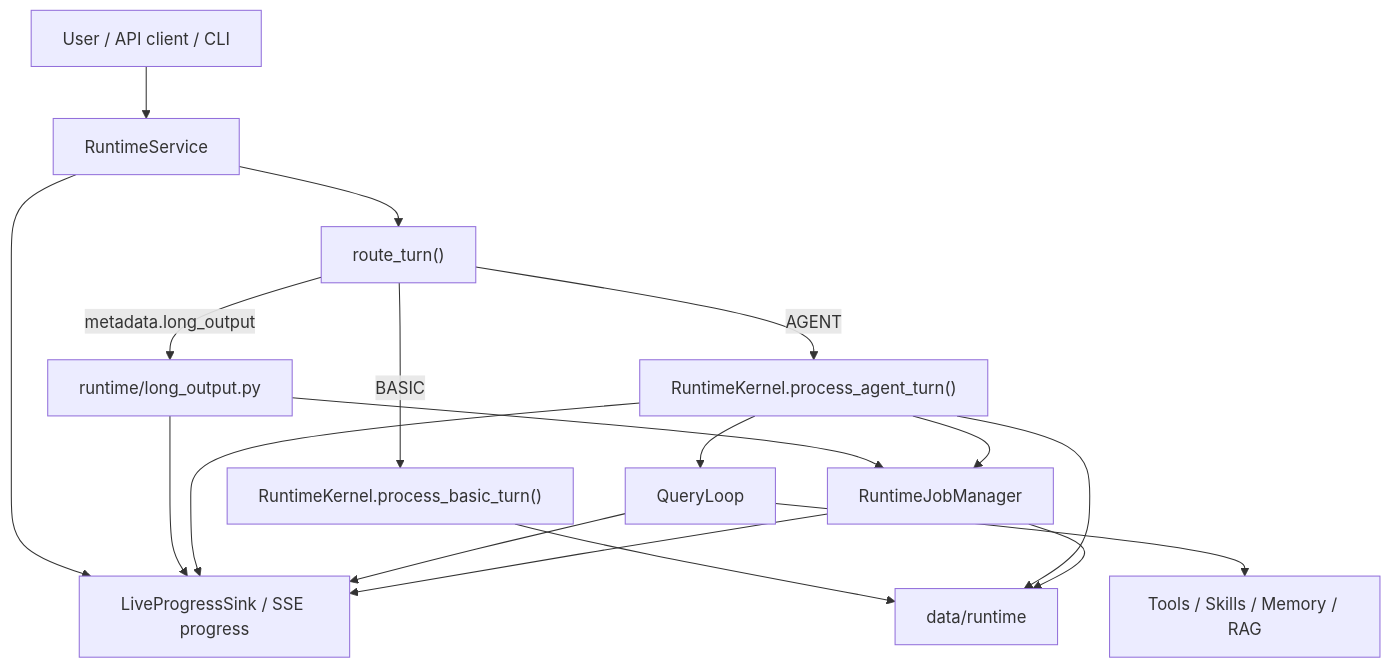
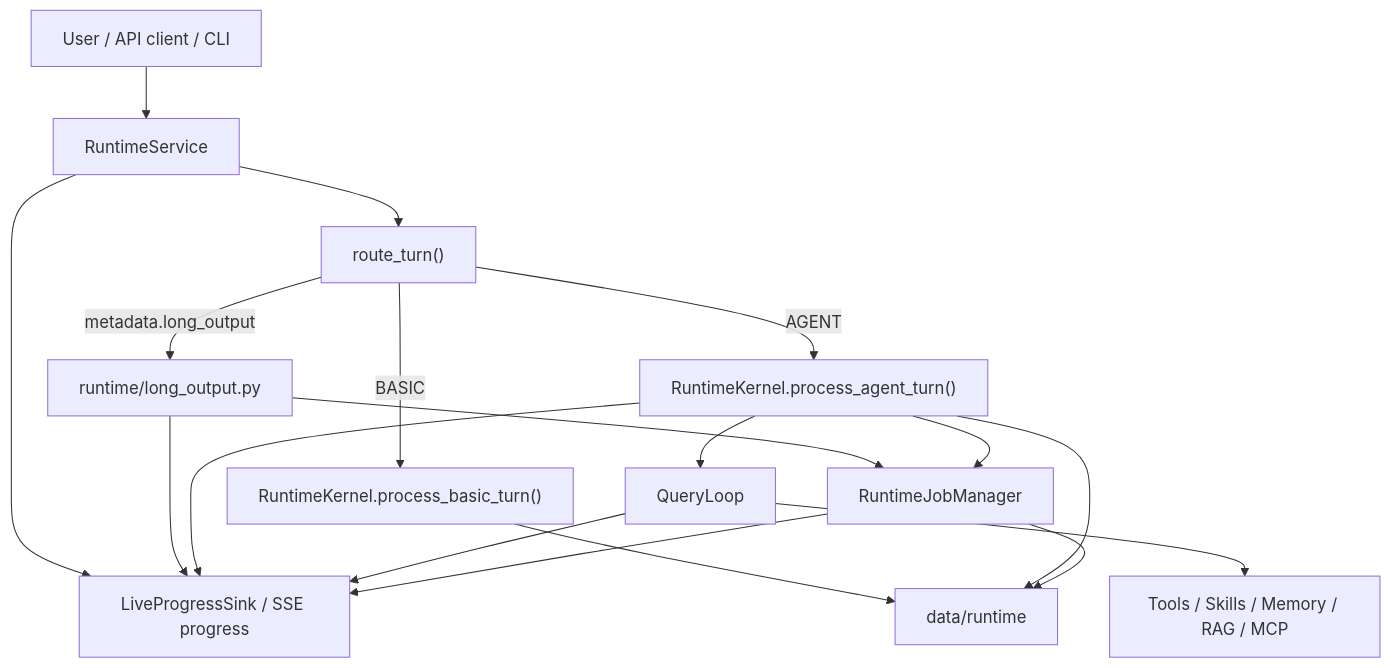
Before and after one commit to browntitan/Agent_Harness: the diagram in docs/ARCHITECTURE.md, drawn with Mermaid. The commit also changed other lines of this file and 30 other files, not shown here.

````diff
--- a/docs/ARCHITECTURE.md
+++ b/docs/ARCHITECTURE.md
@@ -412,31 +438,31 @@
 ```mermaid
 flowchart TD
     user["User / API client / CLI"]
     service["RuntimeService"]
     router["route_turn()"]
     longform["runtime/long_output.py"]
     progress["LiveProgressSink / SSE progress"]
     basic["RuntimeKernel.process_basic_turn()"]
     agent["RuntimeKernel.process_agent_turn()"]
     loop["QueryLoop"]
-    tools["Tools / Skills / Memory / RAG"]
+    tools["Tools / Skills / Memory / RAG / MCP"]
     jobs["RuntimeJobManager"]
     runtime["data/runtime"]
 
     user --> service --> router
     router -->|"metadata.long_output"| longform
     router -->|"BASIC"| basic
     router -->|"AGENT"| agent
     service --> progress
     longform --> progress
     longform --> jobs
     agent --> progress
     agent --> loop
     loop --> tools
     loop --> progress
     agent --> jobs
     jobs --> progress
     basic --> runtime
     agent --> runtime
     jobs --> runtime
 ```
````
